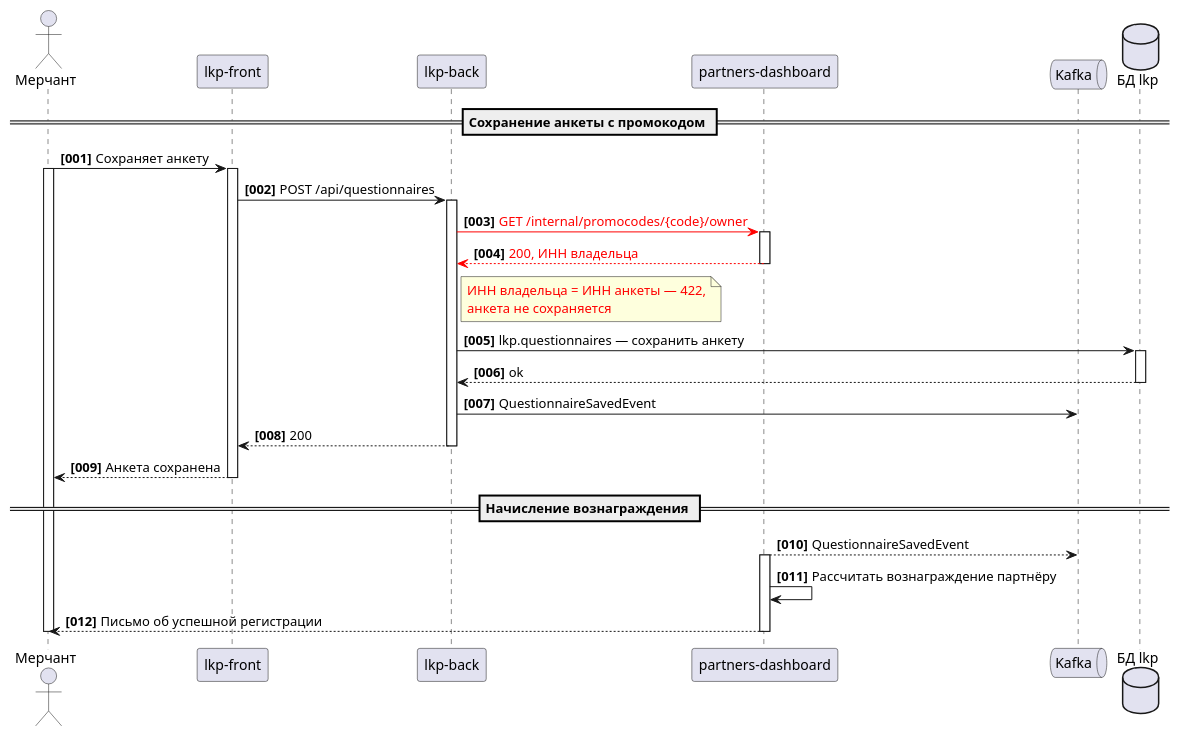
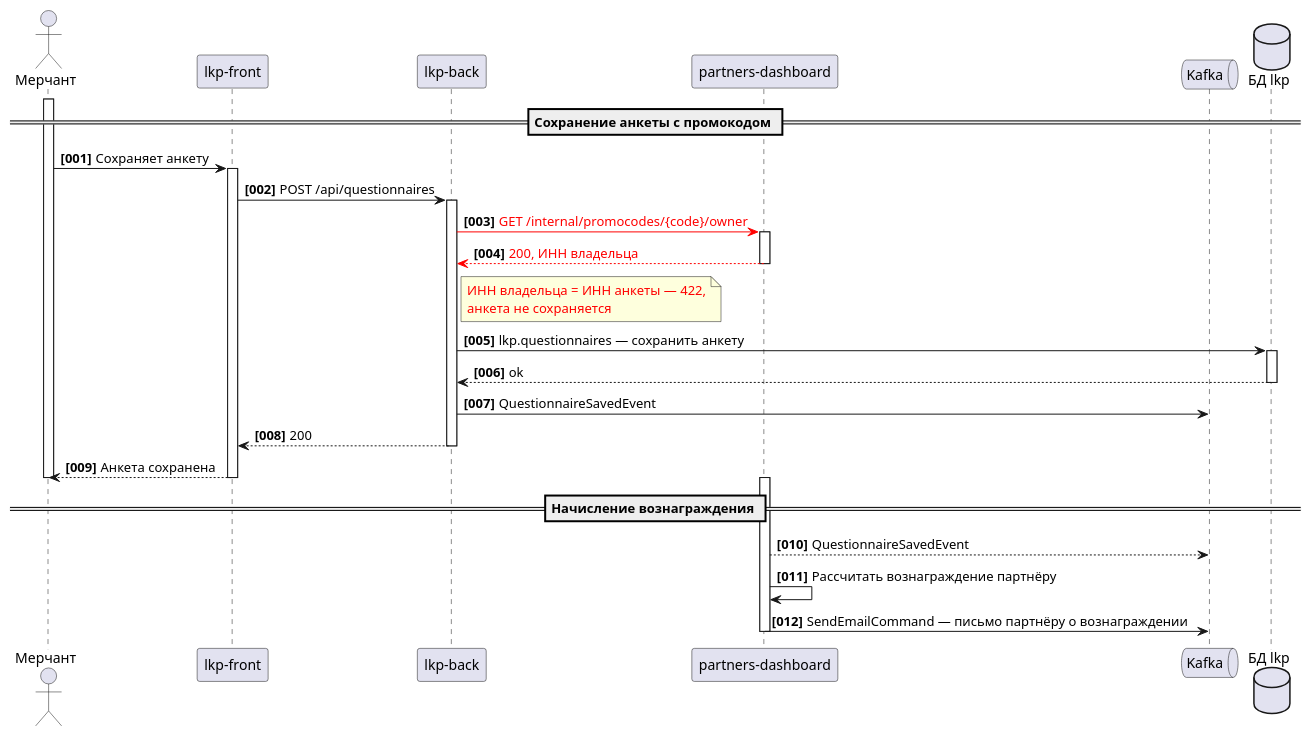
The diagram in skills/puml-sequence/SKILL.md (urbanwatafaka/sa-skills), drawn with PlantUML before and after one commit. The commit also changed other lines of this file and 15 other files, not shown here.

First line of the commit message:
Диаграммы и OpenAPI: сверка со старым скилом, версия 0.3.1

````diff
--- a/skills/puml-sequence/SKILL.md
+++ b/skills/puml-sequence/SKILL.md
@@ -20,40 +20,40 @@
 ```plantuml
 @startuml
 autonumber "<b>[000]"
 actor "Мерчант" as merchant
 participant "lkp-front" as front
 participant "lkp-back" as back
 participant "partners-dashboard" as pd
 queue "Kafka" as kafka
 database "БД lkp" as db
 
 == Сохранение анкеты с промокодом ==
+activate merchant
 merchant -> front: Сохраняет анкету
-activate merchant
 activate front
 front -> back: POST /api/questionnaires
 activate back
 back [#red]-> pd: <color:red>GET /internal/promocodes/{code}/owner</color>
 activate pd
 pd [#red]--> back: <color:red>200, ИНН владельца</color>
 deactivate pd
 note right of back: <color:red>ИНН владельца = ИНН анкеты — 422,</color>\n<color:red>анкета не сохраняется</color>
 back -> db: lkp.questionnaires — сохранить анкету
 activate db
 db --> back: ok
 deactivate db
 back -> kafka: QuestionnaireSavedEvent
 back --> front: 200
 deactivate back
 front --> merchant: Анкета сохранена
 deactivate front
+deactivate merchant
 
 == Начисление вознаграждения ==
+activate pd
 pd --> kafka: QuestionnaireSavedEvent
-activate pd
 pd -> pd: Рассчитать вознаграждение партнёру
-pd --> merchant: Письмо об успешной регистрации
+pd -> kafka: SendEmailCommand — письмо партнёру о вознаграждении
 deactivate pd
-deactivate merchant
 @enduml
 ```
````
